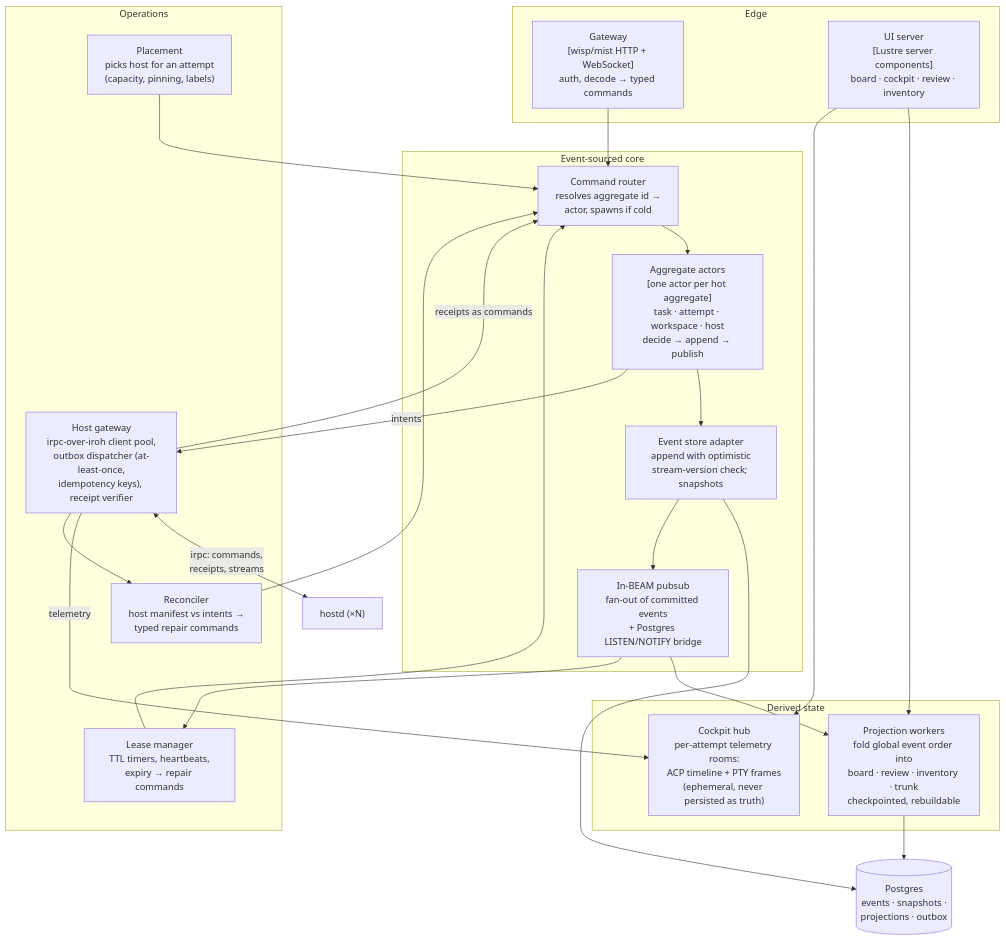
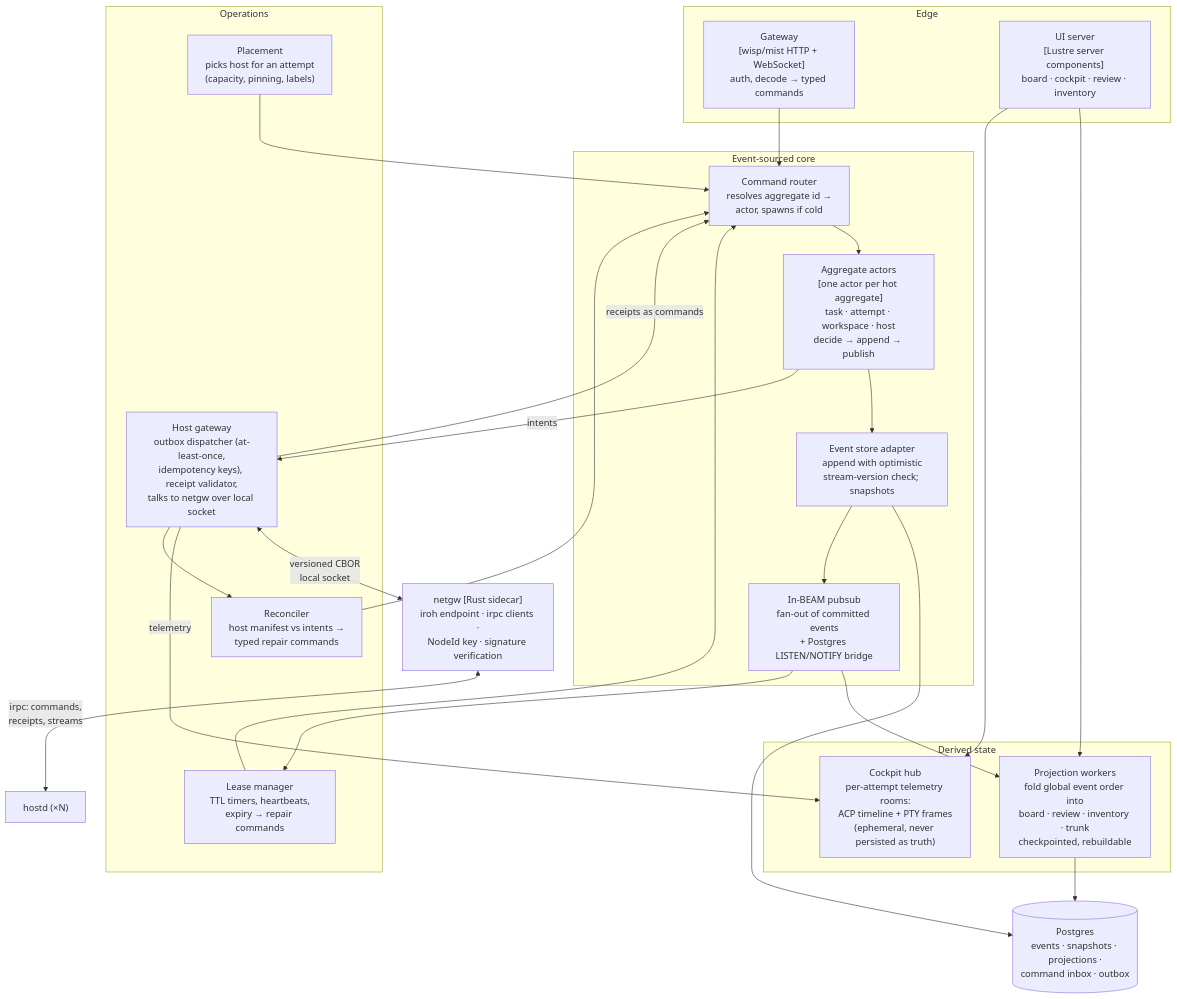
One commit to stepandra/kanban changed the first of 2 diagrams in docs/v2/c3-components.md. Above: the diagram before and after it, drawn with Mermaid. The commit also changed other lines of this file and 5 other files, not shown here.

Commit message:
docs(v2): add greenfield Gleam/BEAM architecture (C1-C4 + implementation slices)

````diff
--- a/docs/v2/c3-components.md
+++ b/docs/v2/c3-components.md
@@ -10,44 +10,46 @@
 ```mermaid
 flowchart TB
     subgraph edge["Edge"]
         gw["Gateway<br/>[wisp/mist HTTP + WebSocket]<br/>auth, decode → typed commands"]
         uisrv["UI server<br/>[Lustre server components]<br/>board · cockpit · review · inventory"]
     end
 
     subgraph core["Event-sourced core"]
         router["Command router<br/>resolves aggregate id →<br/>actor, spawns if cold"]
         agg["Aggregate actors<br/>[one actor per hot aggregate]<br/>task · attempt · workspace · host<br/>decide → append → publish"]
         store["Event store adapter<br/>append with optimistic<br/>stream-version check; snapshots"]
         bus["In-BEAM pubsub<br/>fan-out of committed events<br/>+ Postgres LISTEN/NOTIFY bridge"]
     end
 
     subgraph derive["Derived state"]
         proj["Projection workers<br/>fold global event order into<br/>board · review · inventory · trunk<br/>checkpointed, rebuildable"]
         cockpit["Cockpit hub<br/>per-attempt telemetry rooms:<br/>ACP timeline + PTY frames<br/>(ephemeral, never persisted as truth)"]
     end
 
     subgraph ops["Operations"]
         sched["Placement<br/>picks host for an attempt<br/>(capacity, pinning, labels)"]
         lease["Lease manager<br/>TTL timers, heartbeats,<br/>expiry → repair commands"]
         recon["Reconciler<br/>host manifest vs intents →<br/>typed repair commands"]
-        hostgw["Host gateway<br/>irpc-over-iroh client pool,<br/>outbox dispatcher (at-least-once,<br/>idempotency keys), receipt verifier"]
+        hostgw["Host gateway<br/>outbox dispatcher (at-least-once,<br/>idempotency keys), receipt validator,<br/>talks to netgw over local socket"]
     end
 
-    pg[("Postgres<br/>events · snapshots ·<br/>projections · outbox")]
+    netgw["netgw [Rust sidecar]<br/>iroh endpoint · irpc clients ·<br/>NodeId key · signature verification"]
+    pg[("Postgres<br/>events · snapshots · projections ·<br/>command inbox · outbox")]
     hostd["hostd (×N)"]
 
     gw --> router --> agg --> store --> pg
     store --> bus
     bus --> proj --> pg
     bus --> lease
     uisrv --> proj
     uisrv --> cockpit
     sched --> router
     lease --> router
     recon --> router
     agg -->|"intents"| hostgw
-    hostgw <-->|"irpc: commands,<br/>receipts, streams"| hostd
+    hostgw <-->|"versioned CBOR<br/>local socket"| netgw
+    netgw <-->|"irpc: commands,<br/>receipts, streams"| hostd
     hostgw -->|"receipts as commands"| router
     hostgw -->|"telemetry"| cockpit
     hostgw --> recon
 ```
````
